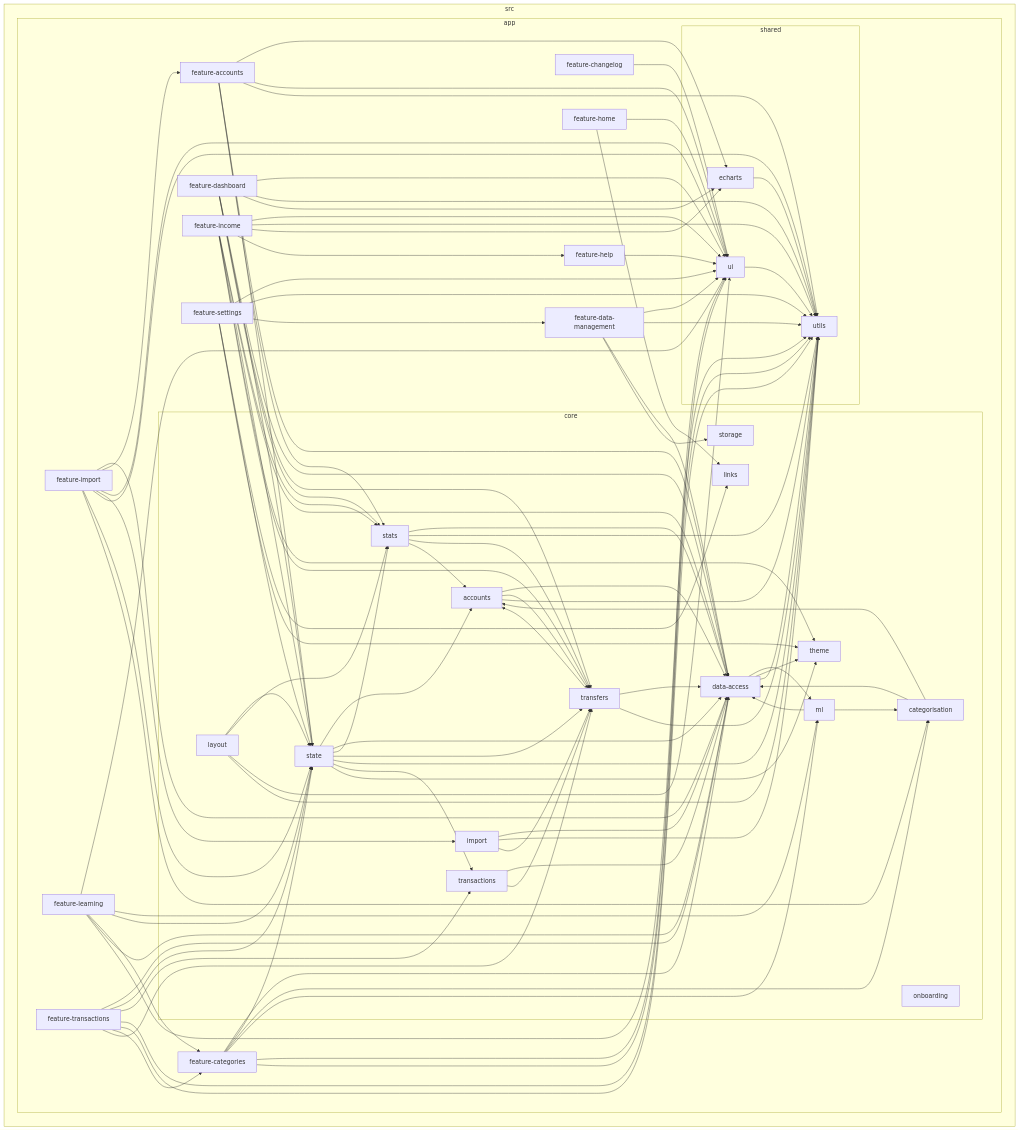
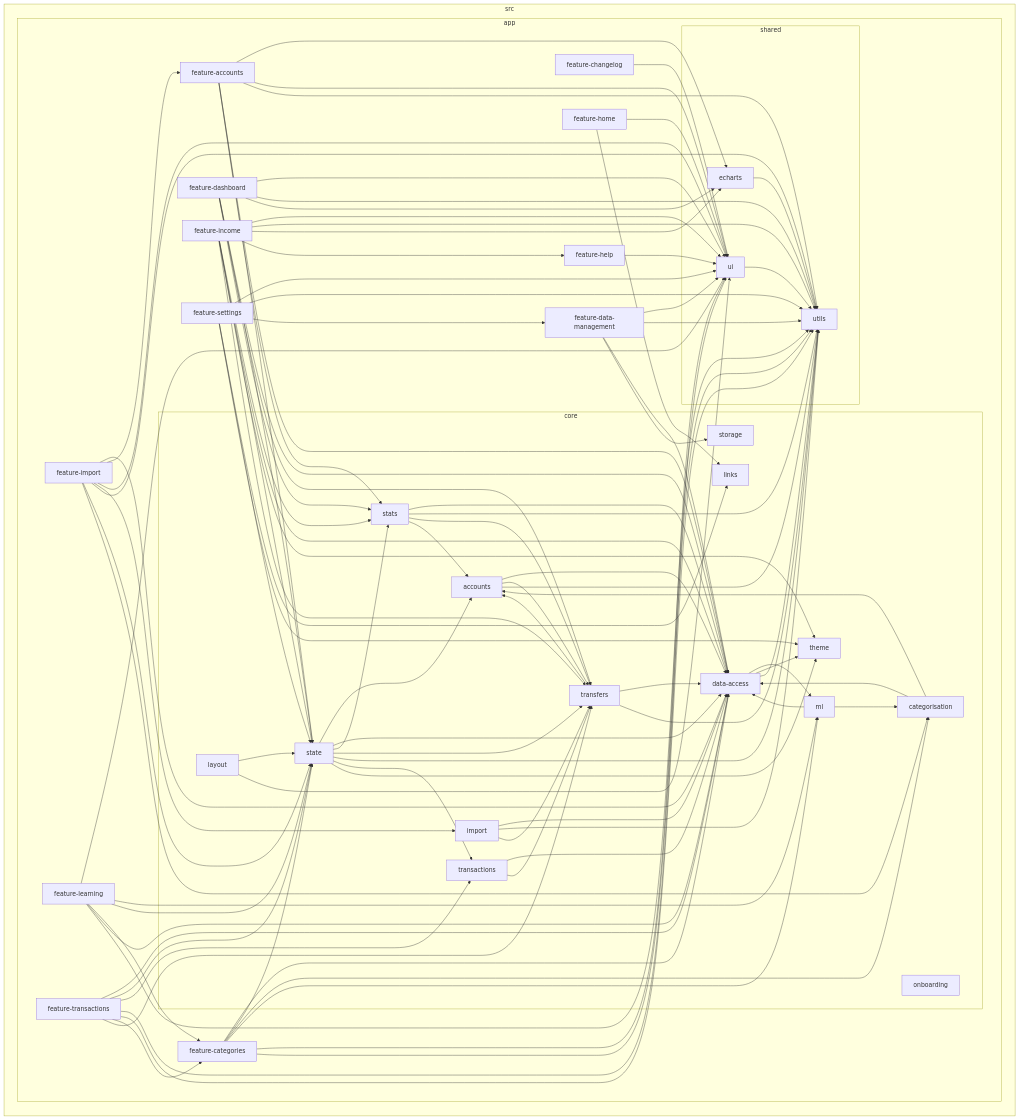
One commit to kevhauma/money-mosaic-v2 changed the diagram in reports/dependency-graph.mmd. Above: the diagram before and after it, drawn with Mermaid. The commit also changed 52 other files, not shown here.

```diff
--- a/reports/dependency-graph.mmd
+++ b/reports/dependency-graph.mmd
@@ -1,136 +1,134 @@
 flowchart LR
 
 subgraph 0["src"]
 subgraph 1["app"]
 subgraph 2["core"]
 3["accounts"]
 4["categorisation"]
 5["data-access"]
 6["import"]
 7["layout"]
 8["links"]
 9["ml"]
 A["onboarding"]
 B["state"]
 C["stats"]
 D["storage"]
 E["theme"]
 F["transactions"]
 G["transfers"]
 end
 H["feature-accounts"]
 I["feature-categories"]
 J["feature-changelog"]
 K["feature-dashboard"]
 L["feature-data-management"]
 M["feature-help"]
 N["feature-home"]
 O["feature-import"]
 P["feature-income"]
 Q["feature-learning"]
 R["feature-settings"]
 S["feature-transactions"]
 subgraph T["shared"]
 U["echarts"]
 V["ui"]
 W["utils"]
 end
 end
 end
 3-->5
 3-->G
 3-->W
 4-->5
 4-->3
 5-->9
 5-->E
 5-->W
 6-->5
 6-->W
 6-->G
 7-->B
-7-->C
 7-->V
-7-->W
 9-->4
 9-->5
 B-->3
 B-->5
 B-->C
 B-->G
 B-->W
 B-->F
 B-->E
 C-->5
 C-->W
 C-->G
 C-->3
 F-->5
 F-->G
 G-->5
 G-->3
 G-->W
 H-->5
 H-->U
 H-->B
 H-->V
 H-->W
 H-->C
 I-->5
 I-->B
 I-->V
 I-->W
 I-->4
 I-->9
 J-->V
 K-->5
 K-->B
 K-->V
 K-->W
 K-->G
 K-->C
 K-->U
 L-->5
 L-->D
 L-->V
 L-->W
 M-->V
 N-->8
 N-->V
 O-->5
 O-->H
 O-->V
 O-->6
 O-->W
 O-->B
 O-->4
 P-->C
 P-->V
 P-->W
 P-->5
 P-->B
 P-->E
 P-->G
 P-->U
 P-->M
 Q-->V
 Q-->9
 Q-->B
 Q-->I
 Q-->5
 Q-->W
 R-->V
 R-->8
 R-->B
 R-->W
 R-->L
 R-->E
 S-->5
 S-->B
 S-->F
 S-->V
 S-->W
 S-->I
 S-->G
 U-->W
 V-->W
```
